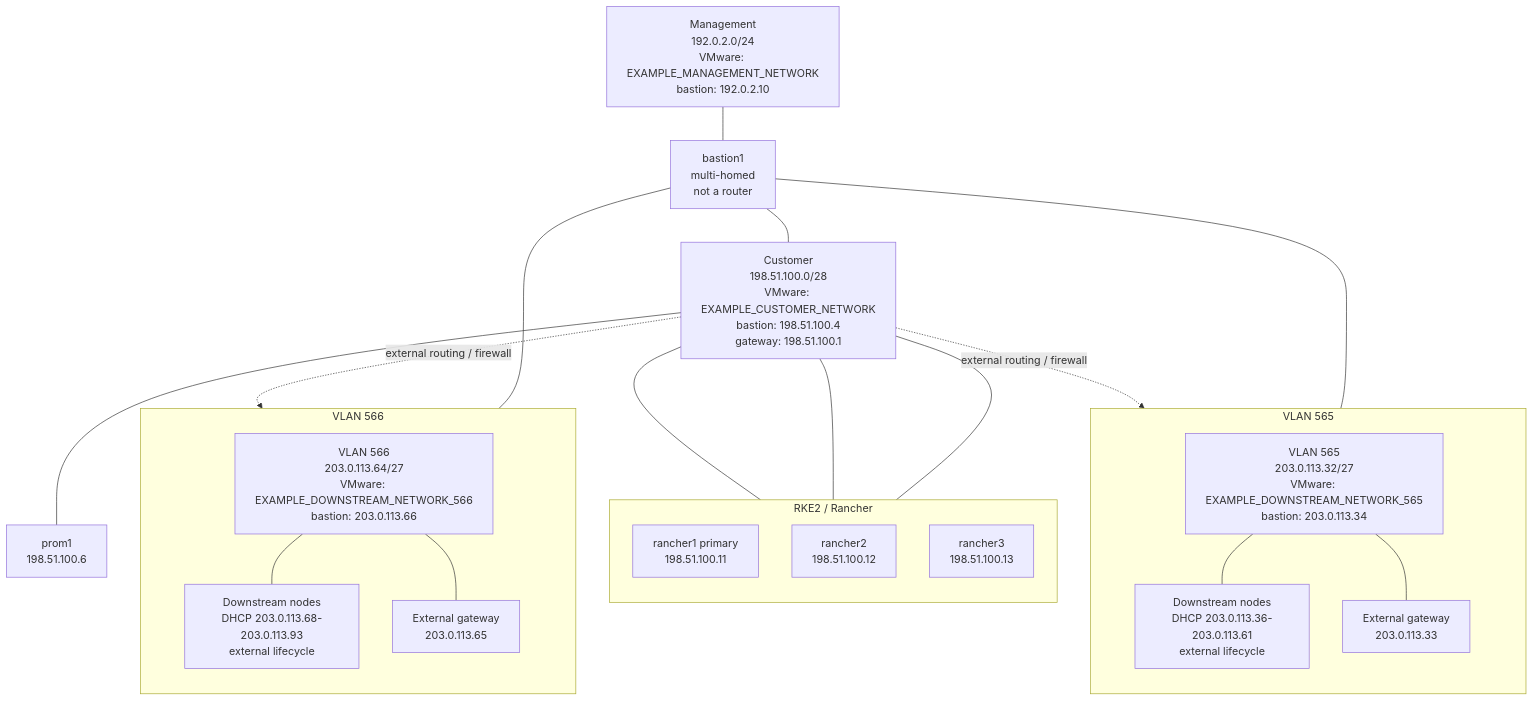
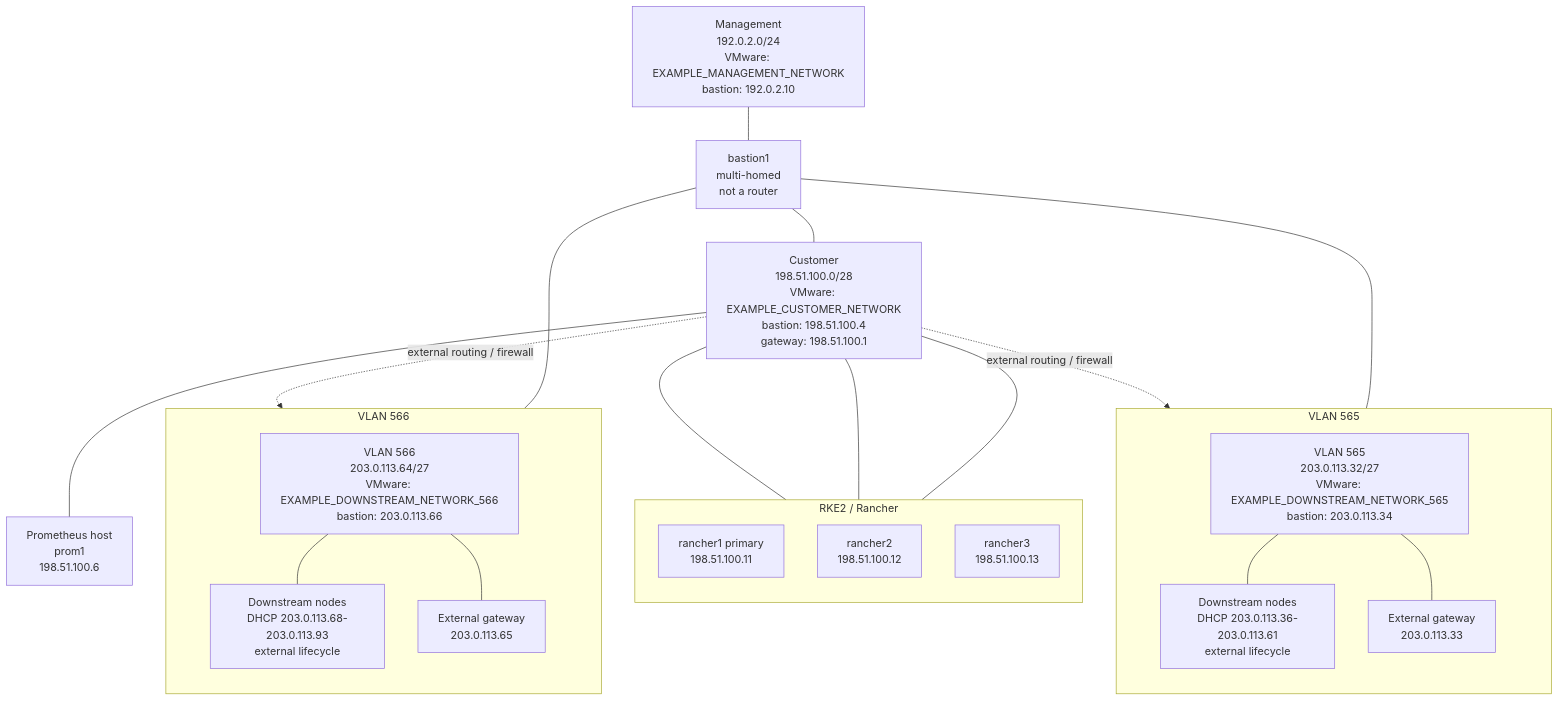
The second of 2 diagrams in examples/full/topology.md (davidhrbac/rinstall), drawn with Mermaid before and after one commit. The commit also changed other lines of this file and 7 other files, not shown here.

````diff
--- a/examples/full/topology.md
+++ b/examples/full/topology.md
@@ -39,39 +39,39 @@
 ```mermaid
 flowchart TB
   network_management_288965a1f2["Management<br/>192.0.2.0/24<br/>VMware: EXAMPLE_MANAGEMENT_NETWORK<br/>bastion: 192.0.2.10"]
   host_bastion1_fd65cf69ce["bastion1<br/>multi-homed<br/>not a router"]
   network_customer_b6c4586387["Customer<br/>198.51.100.0/28<br/>VMware: EXAMPLE_CUSTOMER_NETWORK<br/>bastion: 198.51.100.4<br/>gateway: 198.51.100.1"]
-  host_prom1_abf2e7bd7a["prom1<br/>198.51.100.6"]
+  host_prom1_abf2e7bd7a["Prometheus host<br/>prom1<br/>198.51.100.6"]
   subgraph cluster_cluster_rke2_rancher_de77c71a50["RKE2 / Rancher"]
     direction TB
     host_rancher1_d47e6b0e07["rancher1 primary<br/>198.51.100.11"]
     host_rancher2_bcc55a020f["rancher2<br/>198.51.100.12"]
     host_rancher3_bbbf0c319b["rancher3<br/>198.51.100.13"]
   end
   subgraph downstream_downstream_vlan565_8ed6786137["VLAN 565"]
     direction TB
     network_downstream_vlan565_8ed6786137["VLAN 565<br/>203.0.113.32/27<br/>VMware: EXAMPLE_DOWNSTREAM_NETWORK_565<br/>bastion: 203.0.113.34"]
     consumer_consumer_downstream_vlan565_dfc74929d4["Downstream nodes<br/>DHCP 203.0.113.36-203.0.113.61<br/>external lifecycle"]
     external_endpoint_gateway_vlan565_97aa5a5c3b["External gateway<br/>203.0.113.33"]
   end
   network_downstream_vlan565_8ed6786137 --- consumer_consumer_downstream_vlan565_dfc74929d4
   network_downstream_vlan565_8ed6786137 --- external_endpoint_gateway_vlan565_97aa5a5c3b
   subgraph downstream_downstream_vlan566_d2bd8ff235["VLAN 566"]
     direction TB
     network_downstream_vlan566_d2bd8ff235["VLAN 566<br/>203.0.113.64/27<br/>VMware: EXAMPLE_DOWNSTREAM_NETWORK_566<br/>bastion: 203.0.113.66"]
     consumer_consumer_downstream_vlan566_30b7d29b35["Downstream nodes<br/>DHCP 203.0.113.68-203.0.113.93<br/>external lifecycle"]
     external_endpoint_gateway_vlan566_8cbaf7cad8["External gateway<br/>203.0.113.65"]
   end
   network_downstream_vlan566_d2bd8ff235 --- consumer_consumer_downstream_vlan566_30b7d29b35
   network_downstream_vlan566_d2bd8ff235 --- external_endpoint_gateway_vlan566_8cbaf7cad8
   host_bastion1_fd65cf69ce --- network_customer_b6c4586387
   network_management_288965a1f2 --- host_bastion1_fd65cf69ce
   network_customer_b6c4586387 --- host_prom1_abf2e7bd7a
   network_customer_b6c4586387 --- host_rancher1_d47e6b0e07
   network_customer_b6c4586387 --- host_rancher2_bcc55a020f
   network_customer_b6c4586387 --- host_rancher3_bbbf0c319b
   host_bastion1_fd65cf69ce --- network_downstream_vlan565_8ed6786137
   host_bastion1_fd65cf69ce --- network_downstream_vlan566_d2bd8ff235
   network_customer_b6c4586387 -. "external routing / firewall" .-> network_downstream_vlan565_8ed6786137
   network_customer_b6c4586387 -. "external routing / firewall" .-> network_downstream_vlan566_d2bd8ff235
 ```
````
